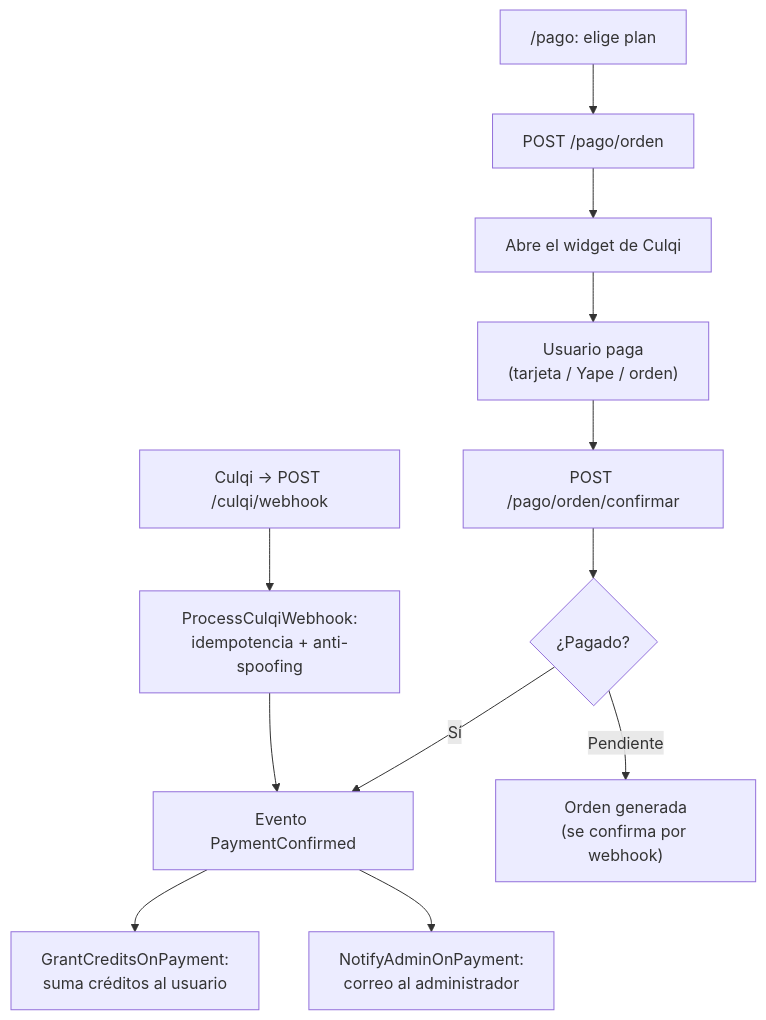
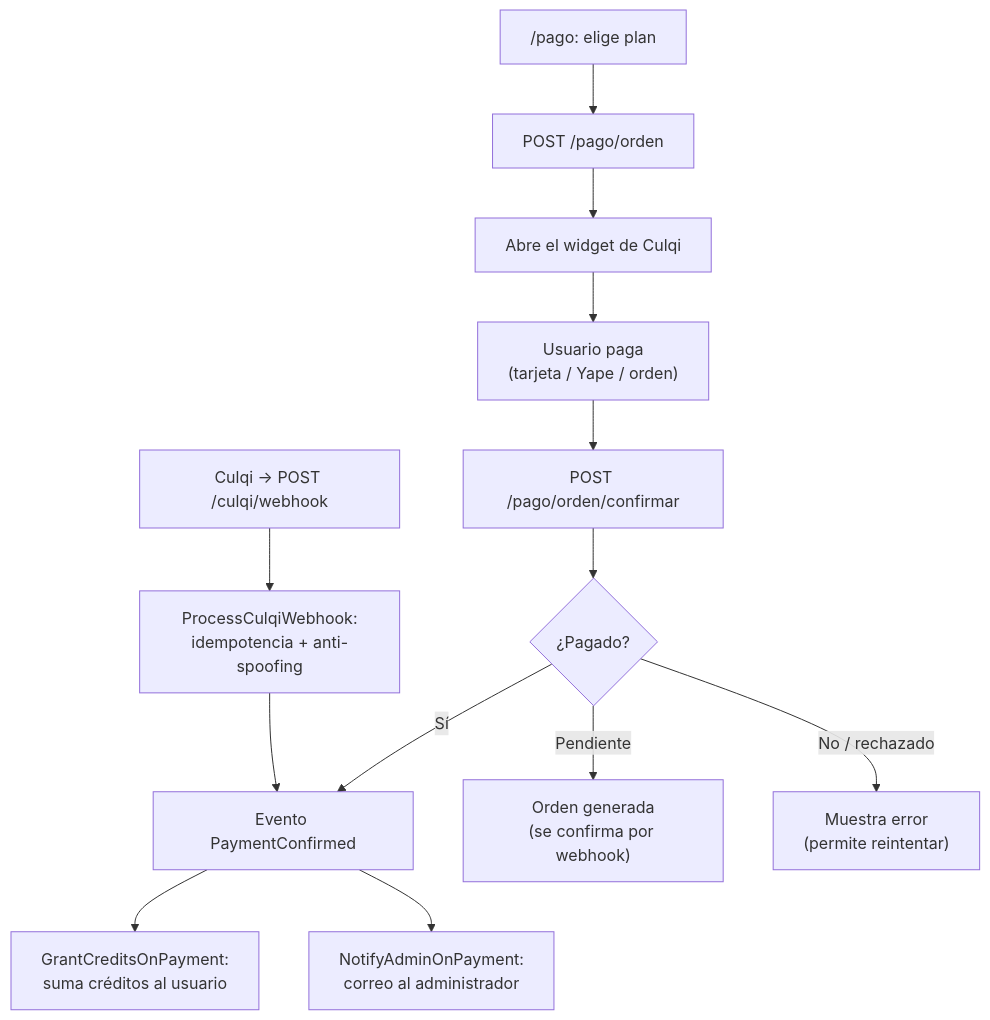
The third of 5 diagrams in DIAGRAMAS.md (kitikazis/pasarela-culqi), drawn with Mermaid before and after one commit.

Commit message:
docs: agrega el camino 'No/rechazado' al diagrama de pago

````diff
--- a/DIAGRAMAS.md
+++ b/DIAGRAMAS.md
@@ -46,15 +46,16 @@
 ```mermaid
 flowchart TD
     A["/pago: elige plan"] --> B["POST /pago/orden"]
     B --> C["Abre el widget de Culqi"]
     C --> D["Usuario paga<br/>(tarjeta / Yape / orden)"]
     D --> E["POST /pago/orden/confirmar"]
     E --> F{"¿Pagado?"}
     F -->|"Sí"| G["Evento PaymentConfirmed"]
     F -->|"Pendiente"| J["Orden generada<br/>(se confirma por webhook)"]
+    F -->|"No / rechazado"| M["Muestra error<br/>(permite reintentar)"]
     G --> H["GrantCreditsOnPayment:<br/>suma créditos al usuario"]
     G --> I["NotifyAdminOnPayment:<br/>correo al administrador"]
 
     K["Culqi → POST /culqi/webhook"] --> L["ProcessCulqiWebhook:<br/>idempotencia + anti-spoofing"]
     L --> G
 ```
````
